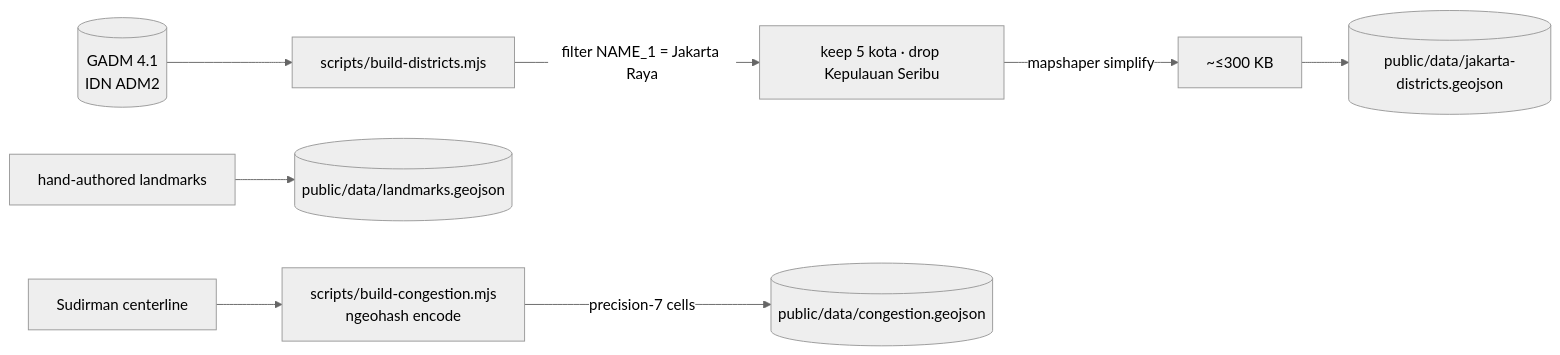
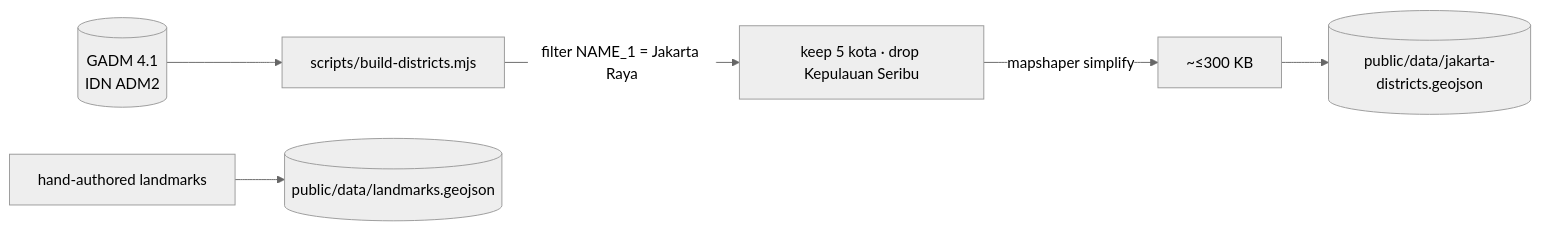
One commit to mahardisetyoso/jkt-webgis-catalyze changed the eighth of 11 diagrams in docs/architecture.md. Above: the diagram before and after it, drawn with Mermaid (neutral theme). The commit also changed other lines of this file and 15 other files, not shown here.

First line of the commit message:
feat: remove Sudirman congestion/geohash layer

````diff
--- a/docs/architecture.md
+++ b/docs/architecture.md
@@ -316,10 +314,8 @@
 ```mermaid
 flowchart LR
     gadm[(GADM 4.1<br/>IDN ADM2)] --> fetch[scripts/build-districts.mjs]
     fetch -->|filter NAME_1 = Jakarta Raya| filt[keep 5 kota · drop Kepulauan Seribu]
     filt -->|mapshaper simplify| simp[~≤300 KB]
     simp --> out[(public/data/jakarta-districts.geojson)]
     hand[hand-authored landmarks] --> lm[(public/data/landmarks.geojson)]
-    line[Sudirman centerline] --> gh[scripts/build-congestion.mjs<br/>ngeohash encode]
-    gh -->|precision-7 cells| cong[(public/data/congestion.geojson)]
 ```
````
